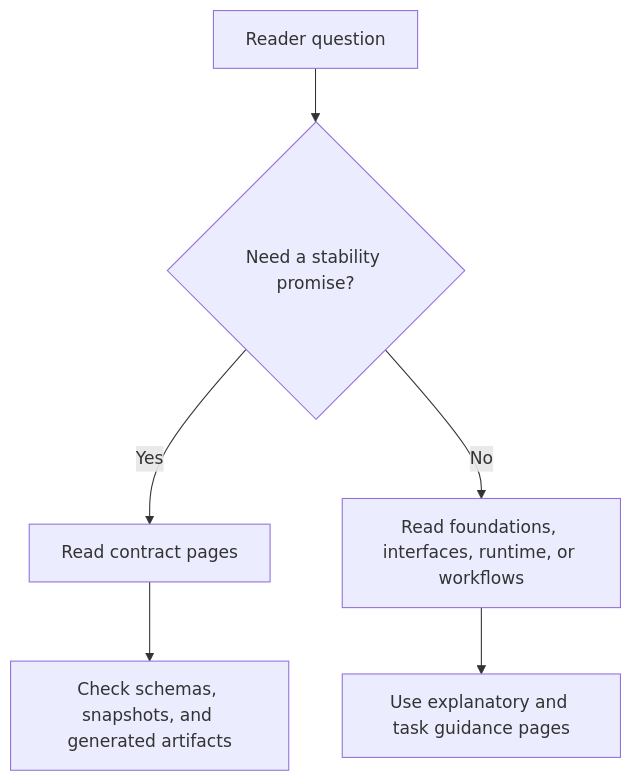
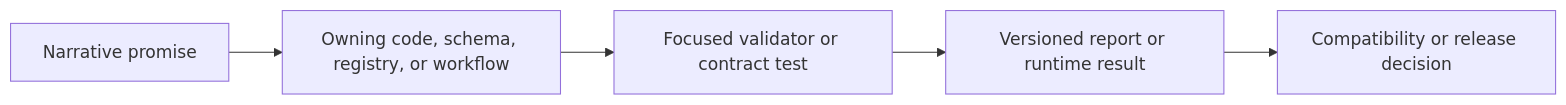
The diagram in docs/bijux-atlas/contracts/contract-reading-guide.md (bijux/bijux-atlas), drawn with Mermaid before and after one commit. The commit also changed other lines of this file and 2 other files, not shown here.

Commit message:
docs(contracts): define API and artifact evidence limits

````diff
--- a/docs/bijux-atlas/contracts/contract-reading-guide.md
+++ b/docs/bijux-atlas/contracts/contract-reading-guide.md
@@ -20,8 +16,7 @@
 ```mermaid
-flowchart TD
-    Question[Reader question] --> Promise{Need a stability promise?}
-    Promise -- Yes --> Contracts[Read contract pages]
-    Promise -- No --> Handbook[Read foundations, interfaces, runtime, or workflows]
-    Contracts --> Machine[Check schemas, snapshots, and generated artifacts]
-    Handbook --> Context[Use explanatory and task guidance pages]
+flowchart LR
+    Promise[Narrative promise] --> Authority[Owning code, schema, registry, or workflow]
+    Authority --> Evidence[Focused validator or contract test]
+    Evidence --> Observation[Versioned report or runtime result]
+    Observation --> Decision[Compatibility or release decision]
 ```
````
